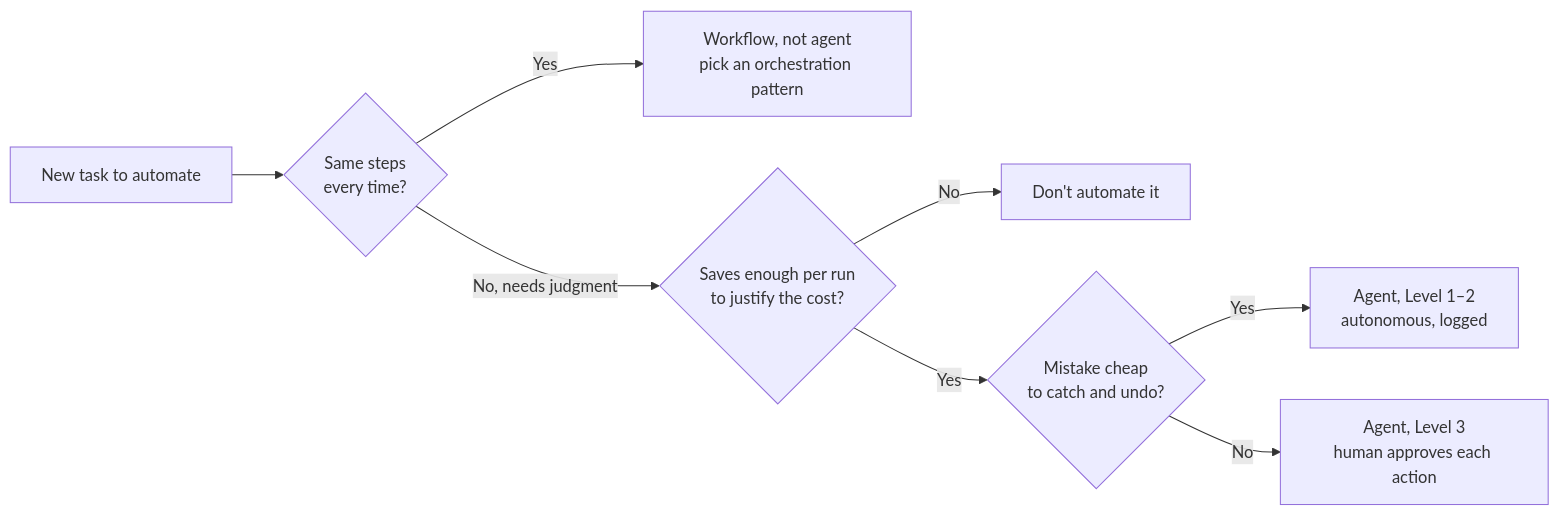
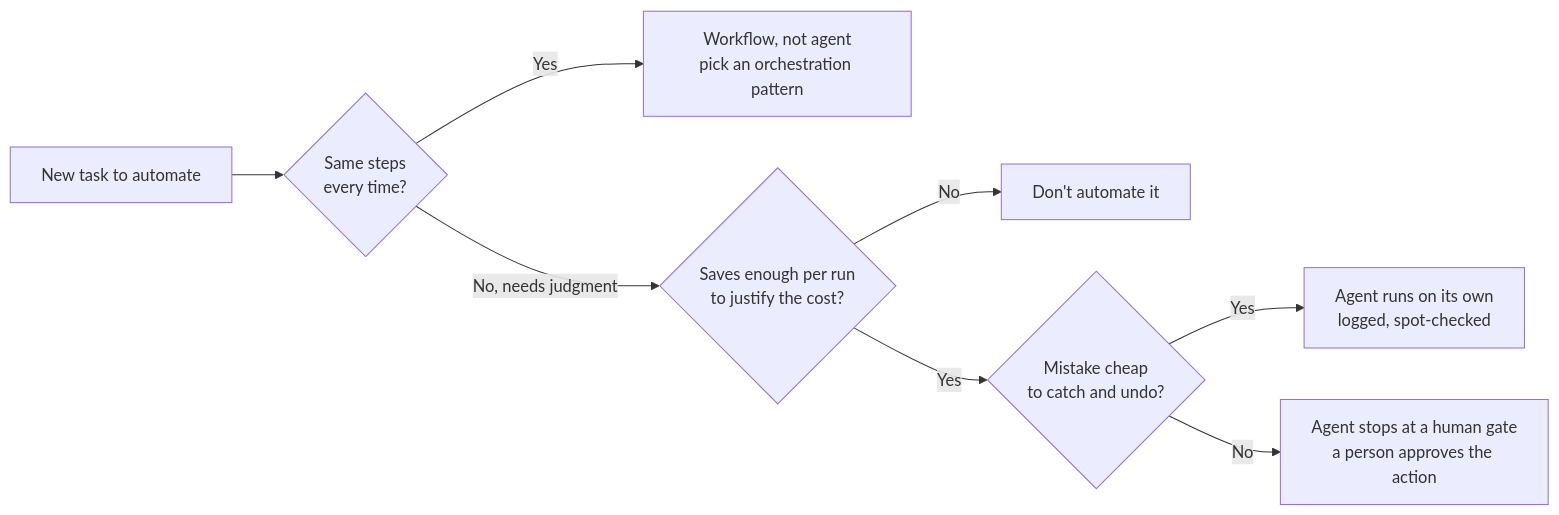
The diagram in src/content/docs/agentic-workflow-design.md (F4cu/design-systems-101), drawn with Mermaid before and after one commit. The commit also changed other lines of this file and 15 other files, not shown here.

````diff
--- a/src/content/docs/agentic-workflow-design.md
+++ b/src/content/docs/agentic-workflow-design.md
@@ -25,10 +25,10 @@
 ```mermaid
 graph LR
   A[New task to automate] --> B{Same steps<br>every time?}
   B -- Yes --> C[Workflow, not agent<br>pick an orchestration pattern]
   B -- No, needs judgment --> D{Saves enough per run<br>to justify the cost?}
   D -- No --> E[Don't automate it]
   D -- Yes --> F{Mistake cheap<br>to catch and undo?}
-  F -- Yes --> G[Agent, Level 1–2<br>autonomous, logged]
-  F -- No --> H[Agent, Level 3<br>human approves each action]
+  F -- Yes --> G[Agent runs on its own<br>logged, spot-checked]
+  F -- No --> H[Agent stops at a human gate<br>a person approves the action]
 ```
````
